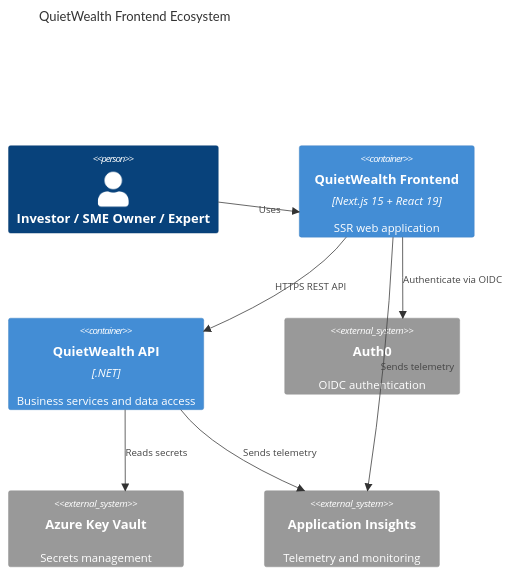
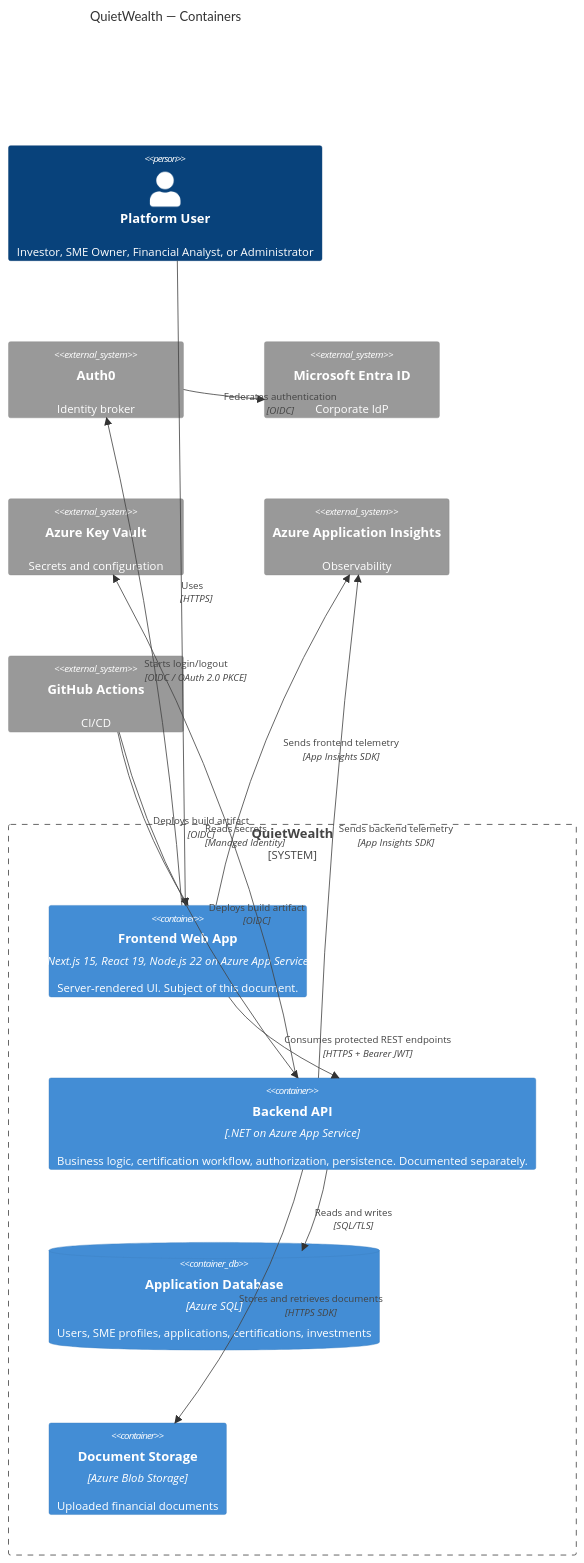
The second of 11 diagrams in README.md (danielpulido01/QuietWealth), drawn with Mermaid before and after one commit. The commit also changed other lines of this file, not shown here.

````diff
--- a/README.md
+++ b/README.md
@@ -1488,20 +71,31 @@
 ```mermaid
 C4Container
-    title QuietWealth Frontend Ecosystem
+title QuietWealth — Containers
 
-    Person(user, "Investor / SME Owner / Expert")
+Person(user, "Platform User", "Investor, SME Owner, Financial Analyst, or Administrator")
 
-    Container(frontend, "QuietWealth Frontend", "Next.js 15 + React 19", "SSR web application")
-    Container(api, "QuietWealth API", ".NET", "Business services and data access")
+System_Boundary(qw, "QuietWealth") {
+  Container(frontend, "Frontend Web App", "Next.js 15, React 19, Node.js 22 on Azure App Service", "Server-rendered UI. Subject of this document.")
+  Container(api, "Backend API", ".NET on Azure App Service", "Business logic, certification workflow, authorization, persistence. Documented separately.")
+  ContainerDb(db, "Application Database", "Azure SQL", "Users, SME profiles, applications, certifications, investments")
+  Container(blob, "Document Storage", "Azure Blob Storage", "Uploaded financial documents")
+}
 
-    System_Ext(auth0, "Auth0", "OIDC authentication")
-    System_Ext(keyvault, "Azure Key Vault", "Secrets management")
-    System_Ext(appinsights, "Application Insights", "Telemetry and monitoring")
+System_Ext(auth0, "Auth0", "Identity broker")
+System_Ext(entra, "Microsoft Entra ID", "Corporate IdP")
+System_Ext(keyvault, "Azure Key Vault", "Secrets and configuration")
+System_Ext(appins, "Azure Application Insights", "Observability")
+System_Ext(actions, "GitHub Actions", "CI/CD")
 
-    Rel(user, frontend, "Uses")
-    Rel(frontend, auth0, "Authenticate via OIDC")
-    Rel(frontend, api, "HTTPS REST API")
-    Rel(api, keyvault, "Reads secrets")
-    Rel(frontend, appinsights, "Sends telemetry")
-    Rel(api, appinsights, "Sends telemetry")
+Rel(user, frontend, "Uses", "HTTPS")
+Rel(frontend, auth0, "Starts login/logout", "OIDC / OAuth 2.0 PKCE")
+Rel(auth0, entra, "Federates authentication", "OIDC")
+Rel(frontend, api, "Consumes protected REST endpoints", "HTTPS + Bearer JWT")
+Rel(frontend, appins, "Sends frontend telemetry", "App Insights SDK")
+Rel(api, db, "Reads and writes", "SQL/TLS")
+Rel(api, blob, "Stores and retrieves documents", "HTTPS SDK")
+Rel(api, keyvault, "Reads secrets", "Managed Identity")
+Rel(api, appins, "Sends backend telemetry", "App Insights SDK")
+Rel(actions, frontend, "Deploys build artifact", "OIDC")
+Rel(actions, api, "Deploys build artifact", "OIDC")
 ```
````
